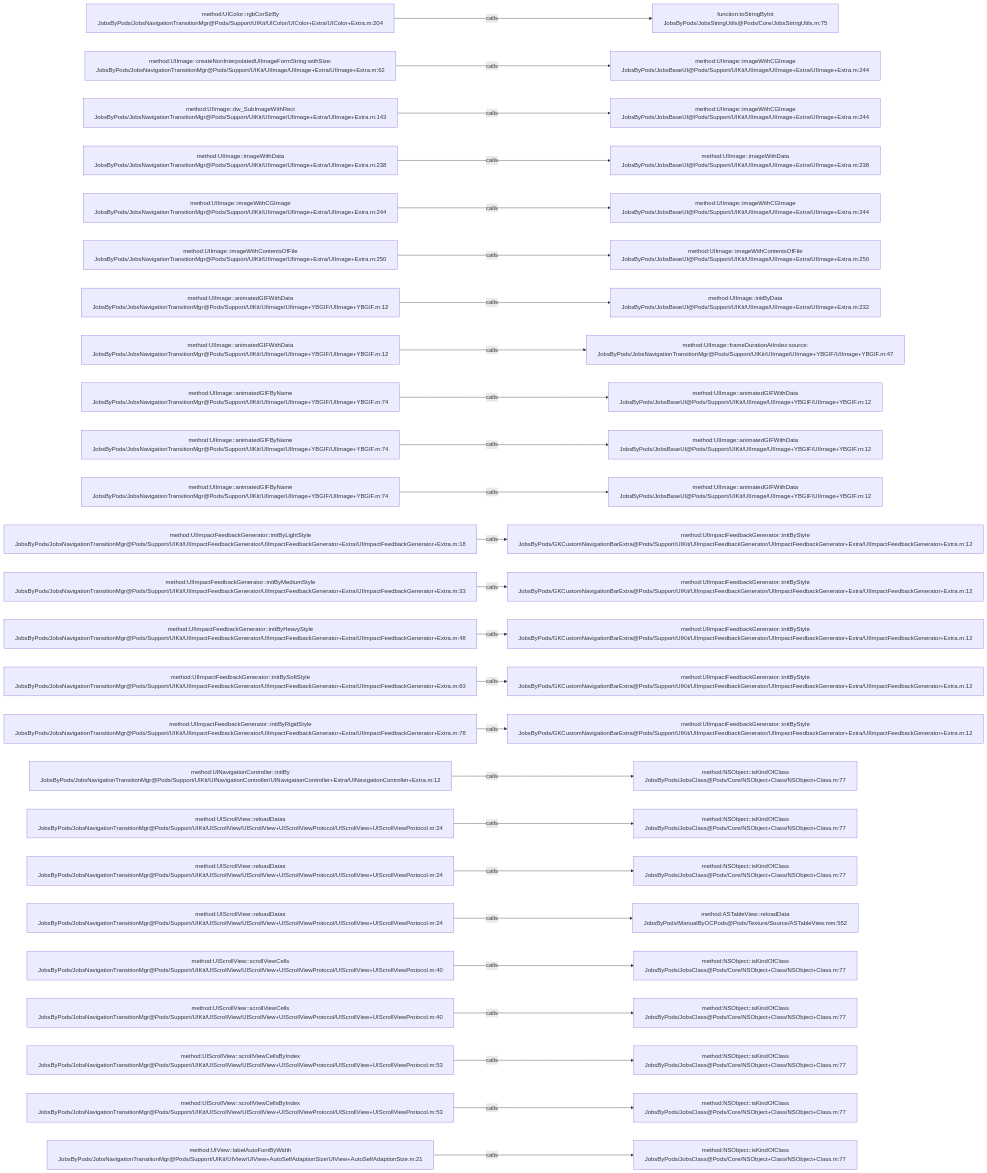
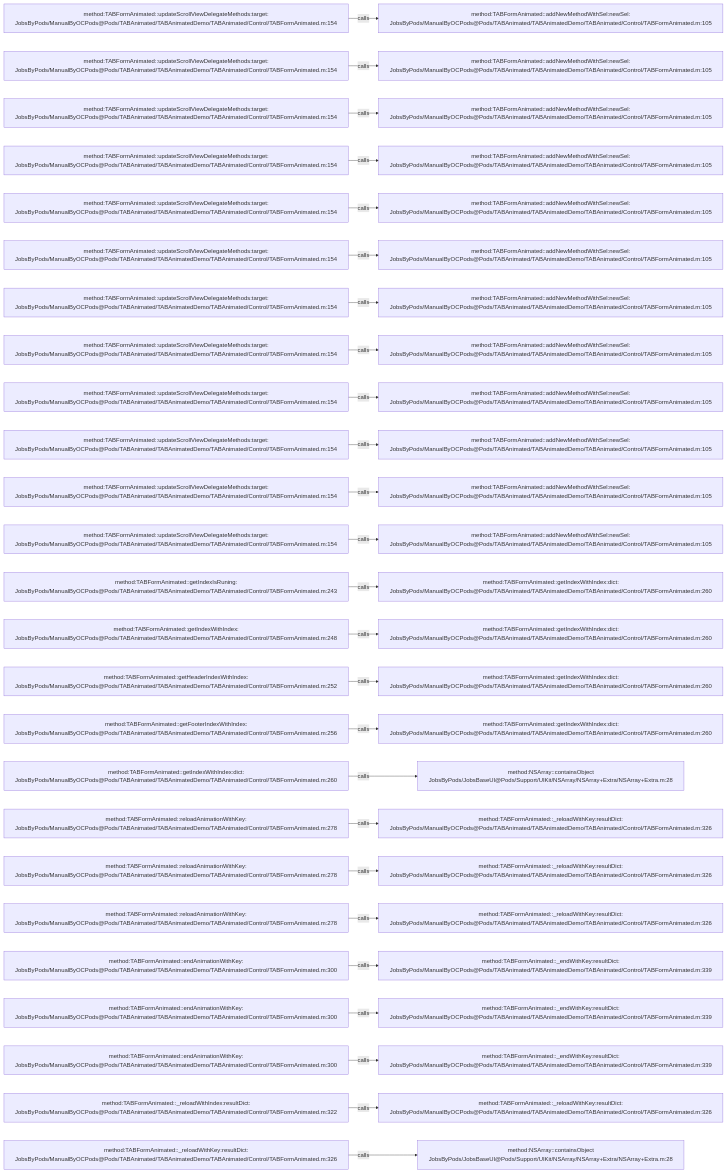
The diagram in .codegraph/codegraph.md/graphs/calls-130.md (JobsKits/JobsOCBaseConfigDemo), drawn with Mermaid before and after one commit. The commit also changed 573 other files, not shown here.

````diff
--- a/.codegraph/codegraph.md/graphs/calls-130.md
+++ b/.codegraph/codegraph.md/graphs/calls-130.md
@@ -13,78 +13,78 @@
 ```mermaid
 flowchart LR
-  S1["method:UIColor::rgbCorStrBy<br/>JobsByPods/JobsNavigationTransitionMgr@Pods/Support/UIKit/UIColor/UIColor+Extra/UIColor+Extra.m:204"]
-  T1["function:toStringByInt<br/>JobsByPods/JobsStringUtils@Pods/Core/JobsStringUtils.m:75"]
+  S1["method:TABFormAnimated::updateScrollViewDelegateMethods:target:<br/>JobsByPods/ManualByOCPods@Pods/TABAnimated/TABAnimatedDemo/TABAnimated/Control/TABFormAnimated.m:154"]
+  T1["method:TABFormAnimated::addNewMethodWithSel:newSel:<br/>JobsByPods/ManualByOCPods@Pods/TABAnimated/TABAnimatedDemo/TABAnimated/Control/TABFormAnimated.m:105"]
   S1 -->|calls| T1
-  S2["method:UIImage::createNonInterpolatedUIImageFormString:withSize:<br/>JobsByPods/JobsNavigationTransitionMgr@Pods/Support/UIKit/UIImage/UIImage+Extra/UIImage+Extra.m:62"]
-  T2["method:UIImage::imageWithCGImage<br/>JobsByPods/JobsBaseUI@Pods/Support/UIKit/UIImage/UIImage+Extra/UIImage+Extra.m:244"]
+  S2["method:TABFormAnimated::updateScrollViewDelegateMethods:target:<br/>JobsByPods/ManualByOCPods@Pods/TABAnimated/TABAnimatedDemo/TABAnimated/Control/TABFormAnimated.m:154"]
+  T2["method:TABFormAnimated::addNewMethodWithSel:newSel:<br/>JobsByPods/ManualByOCPods@Pods/TABAnimated/TABAnimatedDemo/TABAnimated/Control/TABFormAnimated.m:105"]
   S2 -->|calls| T2
-  S3["method:UIImage::dw_SubImageWithRect<br/>JobsByPods/JobsNavigationTransitionMgr@Pods/Support/UIKit/UIImage/UIImage+Extra/UIImage+Extra.m:143"]
-  T3["method:UIImage::imageWithCGImage<br/>JobsByPods/JobsBaseUI@Pods/Support/UIKit/UIImage/UIImage+Extra/UIImage+Extra.m:244"]
+  S3["method:TABFormAnimated::updateScrollViewDelegateMethods:target:<br/>JobsByPods/ManualByOCPods@Pods/TABAnimated/TABAnimatedDemo/TABAnimated/Control/TABFormAnimated.m:154"]
+  T3["method:TABFormAnimated::addNewMethodWithSel:newSel:<br/>JobsByPods/ManualByOCPods@Pods/TABAnimated/TABAnimatedDemo/TABAnimated/Control/TABFormAnimated.m:105"]
   S3 -->|calls| T3
-  S4["method:UIImage::imageWithData<br/>JobsByPods/JobsNavigationTransitionMgr@Pods/Support/UIKit/UIImage/UIImage+Extra/UIImage+Extra.m:238"]
-  T4["method:UIImage::imageWithData<br/>JobsByPods/JobsBaseUI@Pods/Support/UIKit/UIImage/UIImage+Extra/UIImage+Extra.m:238"]
+  S4["method:TABFormAnimated::updateScrollViewDelegateMethods:target:<br/>JobsByPods/ManualByOCPods@Pods/TABAnimated/TABAnimatedDemo/TABAnimated/Control/TABFormAnimated.m:154"]
+  T4["method:TABFormAnimated::addNewMethodWithSel:newSel:<br/>JobsByPods/ManualByOCPods@Pods/TABAnimated/TABAnimatedDemo/TABAnimated/Control/TABFormAnimated.m:105"]
   S4 -->|calls| T4
-  S5["method:UIImage::imageWithCGImage<br/>JobsByPods/JobsNavigationTransitionMgr@Pods/Support/UIKit/UIImage/UIImage+Extra/UIImage+Extra.m:244"]
-  T5["method:UIImage::imageWithCGImage<br/>JobsByPods/JobsBaseUI@Pods/Support/UIKit/UIImage/UIImage+Extra/UIImage+Extra.m:244"]
+  S5["method:TABFormAnimated::updateScrollViewDelegateMethods:target:<br/>JobsByPods/ManualByOCPods@Pods/TABAnimated/TABAnimatedDemo/TABAnimated/Control/TABFormAnimated.m:154"]
+  T5["method:TABFormAnimated::addNewMethodWithSel:newSel:<br/>JobsByPods/ManualByOCPods@Pods/TABAnimated/TABAnimatedDemo/TABAnimated/Control/TABFormAnimated.m:105"]
   S5 -->|calls| T5
-  S6["method:UIImage::imageWithContentsOfFile<br/>JobsByPods/JobsNavigationTransitionMgr@Pods/Support/UIKit/UIImage/UIImage+Extra/UIImage+Extra.m:250"]
-  T6["method:UIImage::imageWithContentsOfFile<br/>JobsByPods/JobsBaseUI@Pods/Support/UIKit/UIImage/UIImage+Extra/UIImage+Extra.m:250"]
+  S6["method:TABFormAnimated::updateScrollViewDelegateMethods:target:<br/>JobsByPods/ManualByOCPods@Pods/TABAnimated/TABAnimatedDemo/TABAnimated/Control/TABFormAnimated.m:154"]
+  T6["method:TABFormAnimated::addNewMethodWithSel:newSel:<br/>JobsByPods/ManualByOCPods@Pods/TABAnimated/TABAnimatedDemo/TABAnimated/Control/TABFormAnimated.m:105"]
   S6 -->|calls| T6
-  S7["method:UIImage::animatedGIFWithData<br/>JobsByPods/JobsNavigationTransitionMgr@Pods/Support/UIKit/UIImage/UIImage+YBGIF/UIImage+YBGIF.m:12"]
-  T7["method:UIImage::initByData<br/>JobsByPods/JobsBaseUI@Pods/Support/UIKit/UIImage/UIImage+Extra/UIImage+Extra.m:232"]
+  S7["method:TABFormAnimated::updateScrollViewDelegateMethods:target:<br/>JobsByPods/ManualByOCPods@Pods/TABAnimated/TABAnimatedDemo/TABAnimated/Control/TABFormAnimated.m:154"]
+  T7["method:TABFormAnimated::addNewMethodWithSel:newSel:<br/>JobsByPods/ManualByOCPods@Pods/TABAnimated/TABAnimatedDemo/TABAnimated/Control/TABFormAnimated.m:105"]
   S7 -->|calls| T7
-  S8["method:UIImage::animatedGIFWithData<br/>JobsByPods/JobsNavigationTransitionMgr@Pods/Support/UIKit/UIImage/UIImage+YBGIF/UIImage+YBGIF.m:12"]
-  T8["method:UIImage::frameDurationAtIndex:source:<br/>JobsByPods/JobsNavigationTransitionMgr@Pods/Support/UIKit/UIImage/UIImage+YBGIF/UIImage+YBGIF.m:47"]
+  S8["method:TABFormAnimated::updateScrollViewDelegateMethods:target:<br/>JobsByPods/ManualByOCPods@Pods/TABAnimated/TABAnimatedDemo/TABAnimated/Control/TABFormAnimated.m:154"]
+  T8["method:TABFormAnimated::addNewMethodWithSel:newSel:<br/>JobsByPods/ManualByOCPods@Pods/TABAnimated/TABAnimatedDemo/TABAnimated/Control/TABFormAnimated.m:105"]
   S8 -->|calls| T8
-  S9["method:UIImage::animatedGIFByName<br/>JobsByPods/JobsNavigationTransitionMgr@Pods/Support/UIKit/UIImage/UIImage+YBGIF/UIImage+YBGIF.m:74"]
-  T9["method:UIImage::animatedGIFWithData<br/>JobsByPods/JobsBaseUI@Pods/Support/UIKit/UIImage/UIImage+YBGIF/UIImage+YBGIF.m:12"]
+  S9["method:TABFormAnimated::updateScrollViewDelegateMethods:target:<br/>JobsByPods/ManualByOCPods@Pods/TABAnimated/TABAnimatedDemo/TABAnimated/Control/TABFormAnimated.m:154"]
+  T9["method:TABFormAnimated::addNewMethodWithSel:newSel:<br/>JobsByPods/ManualByOCPods@Pods/TABAnimated/TABAnimatedDemo/TABAnimated/Control/TABFormAnimated.m:105"]
   S9 -->|calls| T9
-  S10["method:UIImage::animatedGIFByName<br/>JobsByPods/JobsNavigationTransitionMgr@Pods/Support/UIKit/UIImage/UIImage+YBGIF/UIImage+YBGIF.m:74"]
-  T10["method:UIImage::animatedGIFWithData<br/>JobsByPods/JobsBaseUI@Pods/Support/UIKit/UIImage/UIImage+YBGIF/UIImage+YBGIF.m:12"]
+  S10["method:TABFormAnimated::updateScrollViewDelegateMethods:target:<br/>JobsByPods/ManualByOCPods@Pods/TABAnimated/TABAnimatedDemo/TABAnimated/Control/TABFormAnimated.m:154"]
+  T10["method:TABFormAnimated::addNewMethodWithSel:newSel:<br/>JobsByPods/ManualByOCPods@Pods/TABAnimated/TABAnimatedDemo/TABAnimated/Control/TABFormAnimated.m:105"]
   S10 -->|calls| T10
-  S11["method:UIImage::animatedGIFByName<br/>JobsByPods/JobsNavigationTransitionMgr@Pods/Support/UIKit/UIImage/UIImage+YBGIF/UIImage+YBGIF.m:74"]
-  T11["method:UIImage::animatedGIFWithData<br/>JobsByPods/JobsBaseUI@Pods/Support/UIKit/UIImage/UIImage+YBGIF/UIImage+YBGIF.m:12"]
+  S11["method:TABFormAnimated::updateScrollViewDelegateMethods:target:<br/>JobsByPods/ManualByOCPods@Pods/TABAnimated/TABAnimatedDemo/TABAnimated/Control/TABFormAnimated.m:154"]
+  T11["method:TABFormAnimated::addNewMethodWithSel:newSel:<br/>JobsByPods/ManualByOCPods@Pods/TABAnimated/TABAnimatedDemo/TABAnimated/Control/TABFormAnimated.m:105"]
   S11 -->|calls| T11
-  S12["method:UIImpactFeedbackGenerator::initByLightStyle<br/>JobsByPods/JobsNavigationTransitionMgr@Pods/Support/UIKit/UIImpactFeedbackGenerator/UIImpactFeedbackGenerator+Extra/UIImpactFeedbackGenerator+Extra.m:18"]
-  T12["method:UIImpactFeedbackGenerator::initByStyle<br/>JobsByPods/GKCustomNavigationBarExtra@Pods/Support/UIKit/UIImpactFeedbackGenerator/UIImpactFeedbackGenerator+Extra/UIImpactFeedbackGenerator+Extra.m:12"]
+  S12["method:TABFormAnimated::updateScrollViewDelegateMethods:target:<br/>JobsByPods/ManualByOCPods@Pods/TABAnimated/TABAnimatedDemo/TABAnimated/Control/TABFormAnimated.m:154"]
+  T12["method:TABFormAnimated::addNewMethodWithSel:newSel:<br/>JobsByPods/ManualByOCPods@Pods/TABAnimated/TABAnimatedDemo/TABAnimated/Control/TABFormAnimated.m:105"]
   S12 -->|calls| T12
-  S13["method:UIImpactFeedbackGenerator::initByMediumStyle<br/>JobsByPods/JobsNavigationTransitionMgr@Pods/Support/UIKit/UIImpactFeedbackGenerator/UIImpactFeedbackGenerator+Extra/UIImpactFeedbackGenerator+Extra.m:33"]
-  T13["method:UIImpactFeedbackGenerator::initByStyle<br/>JobsByPods/GKCustomNavigationBarExtra@Pods/Support/UIKit/UIImpactFeedbackGenerator/UIImpactFeedbackGenerator+Extra/UIImpactFeedbackGenerator+Extra.m:12"]
+  S13["method:TABFormAnimated::getIndexIsRuning:<br/>JobsByPods/ManualByOCPods@Pods/TABAnimated/TABAnimatedDemo/TABAnimated/Control/TABFormAnimated.m:243"]
+  T13["method:TABFormAnimated::getIndexWithIndex:dict:<br/>JobsByPods/ManualByOCPods@Pods/TABAnimated/TABAnimatedDemo/TABAnimated/Control/TABFormAnimated.m:260"]
   S13 -->|calls| T13
-  S14["method:UIImpactFeedbackGenerator::initByHeavyStyle<br/>JobsByPods/JobsNavigationTransitionMgr@Pods/Support/UIKit/UIImpactFeedbackGenerator/UIImpactFeedbackGenerator+Extra/UIImpactFeedbackGenerator+Extra.m:48"]
-  T14["method:UIImpactFeedbackGenerator::initByStyle<br/>JobsByPods/GKCustomNavigationBarExtra@Pods/Support/UIKit/UIImpactFeedbackGenerator/UIImpactFeedbackGenerator+Extra/UIImpactFeedbackGenerator+Extra.m:12"]
+  S14["method:TABFormAnimated::getIndexWithIndex:<br/>JobsByPods/ManualByOCPods@Pods/TABAnimated/TABAnimatedDemo/TABAnimated/Control/TABFormAnimated.m:248"]
+  T14["method:TABFormAnimated::getIndexWithIndex:dict:<br/>JobsByPods/ManualByOCPods@Pods/TABAnimated/TABAnimatedDemo/TABAnimated/Control/TABFormAnimated.m:260"]
   S14 -->|calls| T14
-  S15["method:UIImpactFeedbackGenerator::initBySoftStyle<br/>JobsByPods/JobsNavigationTransitionMgr@Pods/Support/UIKit/UIImpactFeedbackGenerator/UIImpactFeedbackGenerator+Extra/UIImpactFeedbackGenerator+Extra.m:63"]
-  T15["method:UIImpactFeedbackGenerator::initByStyle<br/>JobsByPods/GKCustomNavigationBarExtra@Pods/Support/UIKit/UIImpactFeedbackGenerator/UIImpactFeedbackGenerator+Extra/UIImpactFeedbackGenerator+Extra.m:12"]
+  S15["method:TABFormAnimated::getHeaderIndexWithIndex:<br/>JobsByPods/ManualByOCPods@Pods/TABAnimated/TABAnimatedDemo/TABAnimated/Control/TABFormAnimated.m:252"]
+  T15["method:TABFormAnimated::getIndexWithIndex:dict:<br/>JobsByPods/ManualByOCPods@Pods/TABAnimated/TABAnimatedDemo/TABAnimated/Control/TABFormAnimated.m:260"]
   S15 -->|calls| T15
-  S16["method:UIImpactFeedbackGenerator::initByRigidStyle<br/>JobsByPods/JobsNavigationTransitionMgr@Pods/Support/UIKit/UIImpactFeedbackGenerator/UIImpactFeedbackGenerator+Extra/UIImpactFeedbackGenerator+Extra.m:78"]
-  T16["method:UIImpactFeedbackGenerator::initByStyle<br/>JobsByPods/GKCustomNavigationBarExtra@Pods/Support/UIKit/UIImpactFeedbackGenerator/UIImpactFeedbackGenerator+Extra/UIImpactFeedbackGenerator+Extra.m:12"]
+  S16["method:TABFormAnimated::getFooterIndexWithIndex:<br/>JobsByPods/ManualByOCPods@Pods/TABAnimated/TABAnimatedDemo/TABAnimated/Control/TABFormAnimated.m:256"]
+  T16["method:TABFormAnimated::getIndexWithIndex:dict:<br/>JobsByPods/ManualByOCPods@Pods/TABAnimated/TABAnimatedDemo/TABAnimated/Control/TABFormAnimated.m:260"]
   S16 -->|calls| T16
-  S17["method:UINavigationController::initBy<br/>JobsByPods/JobsNavigationTransitionMgr@Pods/Support/UIKit/UINavigationController/UINavigationController+Extra/UINavigationController+Extra.m:12"]
-  T17["method:NSObject::isKindOfClass<br/>JobsByPods/JobsClass@Pods/Core/NSObject+Class/NSObject+Class.m:77"]
+  S17["method:TABFormAnimated::getIndexWithIndex:dict:<br/>JobsByPods/ManualByOCPods@Pods/TABAnimated/TABAnimatedDemo/TABAnimated/Control/TABFormAnimated.m:260"]
+  T17["method:NSArray::containsObject<br/>JobsByPods/JobsBaseUI@Pods/Support/UIKit/NSArray/NSArray+Extra/NSArray+Extra.m:28"]
   S17 -->|calls| T17
-  S18["method:UIScrollView::reloadDatas<br/>JobsByPods/JobsNavigationTransitionMgr@Pods/Support/UIKit/UIScrollView/UIScrollView+UIScrollViewProtocol/UIScrollView+UIScrollViewProtocol.m:24"]
-  T18["method:NSObject::isKindOfClass<br/>JobsByPods/JobsClass@Pods/Core/NSObject+Class/NSObject+Class.m:77"]
+  S18["method:TABFormAnimated::reloadAnimationWithKey:<br/>JobsByPods/ManualByOCPods@Pods/TABAnimated/TABAnimatedDemo/TABAnimated/Control/TABFormAnimated.m:278"]
+  T18["method:TABFormAnimated::_reloadWithKey:resultDict:<br/>JobsByPods/ManualByOCPods@Pods/TABAnimated/TABAnimatedDemo/TABAnimated/Control/TABFormAnimated.m:326"]
   S18 -->|calls| T18
-  S19["method:UIScrollView::reloadDatas<br/>JobsByPods/JobsNavigationTransitionMgr@Pods/Support/UIKit/UIScrollView/UIScrollView+UIScrollViewProtocol/UIScrollView+UIScrollViewProtocol.m:24"]
-  T19["method:NSObject::isKindOfClass<br/>JobsByPods/JobsClass@Pods/Core/NSObject+Class/NSObject+Class.m:77"]
+  S19["method:TABFormAnimated::reloadAnimationWithKey:<br/>JobsByPods/ManualByOCPods@Pods/TABAnimated/TABAnimatedDemo/TABAnimated/Control/TABFormAnimated.m:278"]
+  T19["method:TABFormAnimated::_reloadWithKey:resultDict:<br/>JobsByPods/ManualByOCPods@Pods/TABAnimated/TABAnimatedDemo/TABAnimated/Control/TABFormAnimated.m:326"]
   S19 -->|calls| T19
-  S20["method:UIScrollView::reloadDatas<br/>JobsByPods/JobsNavigationTransitionMgr@Pods/Support/UIKit/UIScrollView/UIScrollView+UIScrollViewProtocol/UIScrollView+UIScrollViewProtocol.m:24"]
-  T20["method:ASTableView::reloadData<br/>JobsByPods/ManualByOCPods@Pods/Texture/Source/ASTableView.mm:552"]
+  S20["method:TABFormAnimated::reloadAnimationWithKey:<br/>JobsByPods/ManualByOCPods@Pods/TABAnimated/TABAnimatedDemo/TABAnimated/Control/TABFormAnimated.m:278"]
+  T20["method:TABFormAnimated::_reloadWithKey:resultDict:<br/>JobsByPods/ManualByOCPods@Pods/TABAnimated/TABAnimatedDemo/TABAnimated/Control/TABFormAnimated.m:326"]
   S20 -->|calls| T20
-  S21["method:UIScrollView::scrollViewCells<br/>JobsByPods/JobsNavigationTransitionMgr@Pods/Support/UIKit/UIScrollView/UIScrollView+UIScrollViewProtocol/UIScrollView+UIScrollViewProtocol.m:40"]
-  T21["method:NSObject::isKindOfClass<br/>JobsByPods/JobsClass@Pods/Core/NSObject+Class/NSObject+Class.m:77"]
+  S21["method:TABFormAnimated::endAnimationWithKey:<br/>JobsByPods/ManualByOCPods@Pods/TABAnimated/TABAnimatedDemo/TABAnimated/Control/TABFormAnimated.m:300"]
+  T21["method:TABFormAnimated::_endWithKey:resultDict:<br/>JobsByPods/ManualByOCPods@Pods/TABAnimated/TABAnimatedDemo/TABAnimated/Control/TABFormAnimated.m:339"]
   S21 -->|calls| T21
-  S22["method:UIScrollView::scrollViewCells<br/>JobsByPods/JobsNavigationTransitionMgr@Pods/Support/UIKit/UIScrollView/UIScrollView+UIScrollViewProtocol/UIScrollView+UIScrollViewProtocol.m:40"]
-  T22["method:NSObject::isKindOfClass<br/>JobsByPods/JobsClass@Pods/Core/NSObject+Class/NSObject+Class.m:77"]
+  S22["method:TABFormAnimated::endAnimationWithKey:<br/>JobsByPods/ManualByOCPods@Pods/TABAnimated/TABAnimatedDemo/TABAnimated/Control/TABFormAnimated.m:300"]
+  T22["method:TABFormAnimated::_endWithKey:resultDict:<br/>JobsByPods/ManualByOCPods@Pods/TABAnimated/TABAnimatedDemo/TABAnimated/Control/TABFormAnimated.m:339"]
   S22 -->|calls| T22
-  S23["method:UIScrollView::scrollViewCellsByIndex<br/>JobsByPods/JobsNavigationTransitionMgr@Pods/Support/UIKit/UIScrollView/UIScrollView+UIScrollViewProtocol/UIScrollView+UIScrollViewProtocol.m:53"]
-  T23["method:NSObject::isKindOfClass<br/>JobsByPods/JobsClass@Pods/Core/NSObject+Class/NSObject+Class.m:77"]
+  S23["method:TABFormAnimated::endAnimationWithKey:<br/>JobsByPods/ManualByOCPods@Pods/TABAnimated/TABAnimatedDemo/TABAnimated/Control/TABFormAnimated.m:300"]
+  T23["method:TABFormAnimated::_endWithKey:resultDict:<br/>JobsByPods/ManualByOCPods@Pods/TABAnimated/TABAnimatedDemo/TABAnimated/Control/TABFormAnimated.m:339"]
   S23 -->|calls| T23
-  S24["method:UIScrollView::scrollViewCellsByIndex<br/>JobsByPods/JobsNavigationTransitionMgr@Pods/Support/UIKit/UIScrollView/UIScrollView+UIScrollViewProtocol/UIScrollView+UIScrollViewProtocol.m:53"]
-  T24["method:NSObject::isKindOfClass<br/>JobsByPods/JobsClass@Pods/Core/NSObject+Class/NSObject+Class.m:77"]
+  S24["method:TABFormAnimated::_reloadWithIndex:resultDict:<br/>JobsByPods/ManualByOCPods@Pods/TABAnimated/TABAnimatedDemo/TABAnimated/Control/TABFormAnimated.m:322"]
+  T24["method:TABFormAnimated::_reloadWithKey:resultDict:<br/>JobsByPods/ManualByOCPods@Pods/TABAnimated/TABAnimatedDemo/TABAnimated/Control/TABFormAnimated.m:326"]
   S24 -->|calls| T24
-  S25["method:UIView::labelAutoFontByWidth<br/>JobsByPods/JobsNavigationTransitionMgr@Pods/Support/UIKit/UIView/UIView+AutoSelfAdaptionSize/UIView+AutoSelfAdaptionSize.m:21"]
-  T25["method:NSObject::isKindOfClass<br/>JobsByPods/JobsClass@Pods/Core/NSObject+Class/NSObject+Class.m:77"]
+  S25["method:TABFormAnimated::_reloadWithKey:resultDict:<br/>JobsByPods/ManualByOCPods@Pods/TABAnimated/TABAnimatedDemo/TABAnimated/Control/TABFormAnimated.m:326"]
+  T25["method:NSArray::containsObject<br/>JobsByPods/JobsBaseUI@Pods/Support/UIKit/NSArray/NSArray+Extra/NSArray+Extra.m:28"]
   S25 -->|calls| T25
 ```
````
